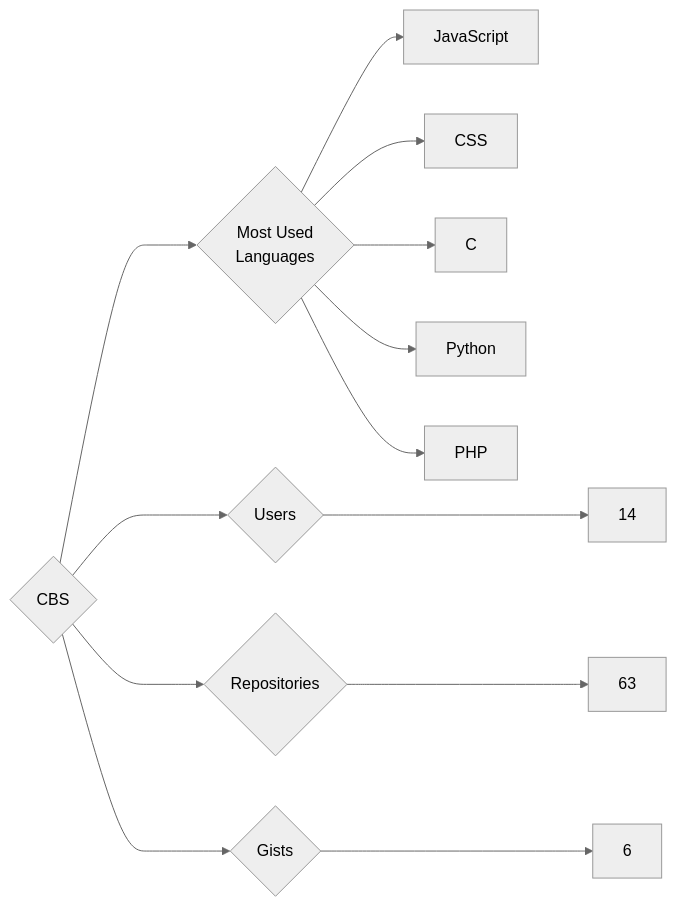
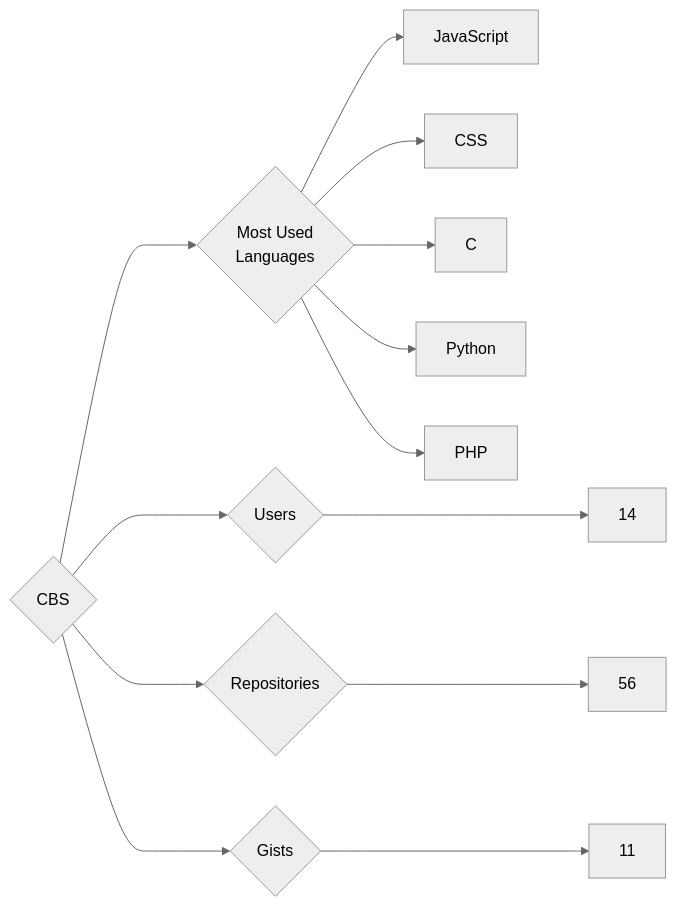
One commit to trickest/insiders changed the diagram in targets/CBS/README.md. Above: the diagram before and after it, drawn with Mermaid (neutral theme). The commit also changed 748 other files, not shown here.

````diff
--- a/targets/CBS/README.md
+++ b/targets/CBS/README.md
@@ -3,13 +3,13 @@
 ```mermaid
 graph LR
 COMPANY_NAME{CBS}
 COMPANY_NAME ---> U{Users} ---> UN[14]
-COMPANY_NAME ---> R{Repositories} ---> RN[63]
-COMPANY_NAME ---> G{Gists} ---> GN[6]
+COMPANY_NAME ---> R{Repositories} ---> RN[56]
+COMPANY_NAME ---> G{Gists} ---> GN[11]
 COMPANY_NAME ---> ML{Most Used<br>Languages}
 ML --> JavaScript[JavaScript]
 ML --> CSS[CSS]
 ML --> C[C]
 ML --> Python[Python]
 ML --> PHP[PHP]
 ```
````
